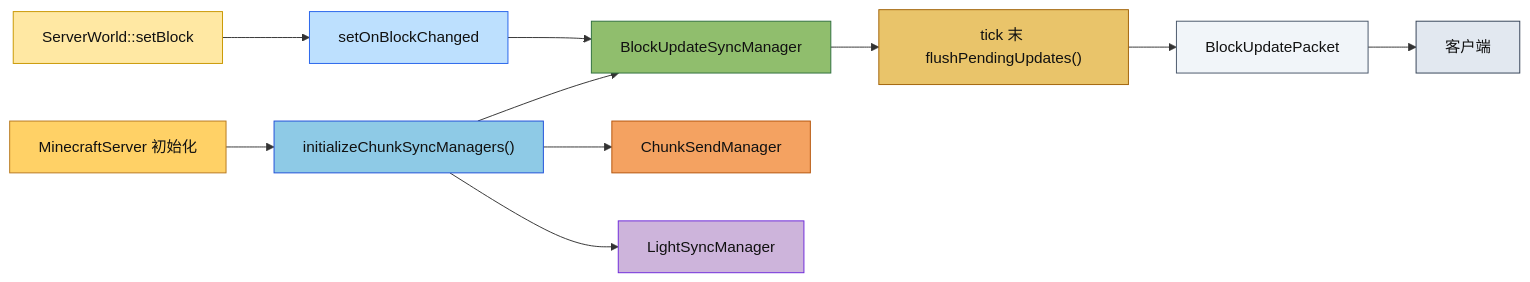
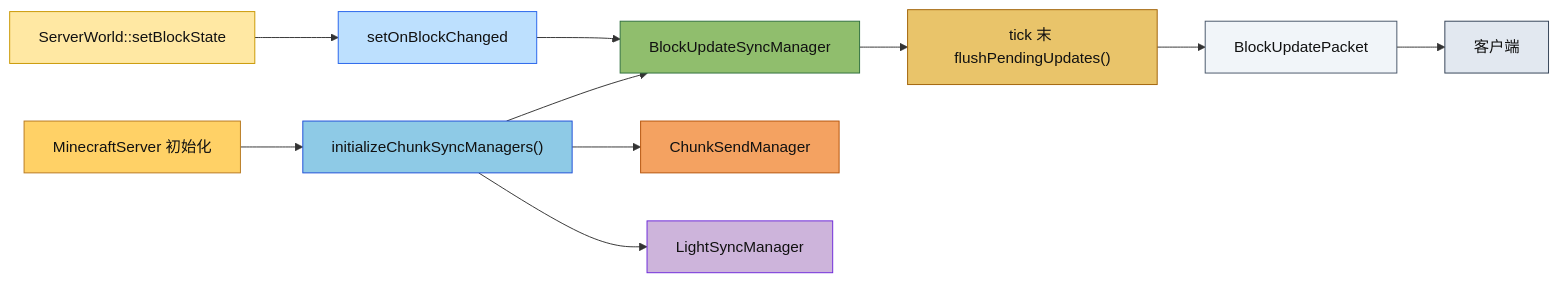
The diagram in src/server/application/README.md (g122622/Cubium), drawn with Mermaid before and after one commit. The commit also changed 149 other files, not shown here.

First line of the commit message:
refactor: 统一 setBlockState 命名并修复编译错误

````diff
--- a/src/server/application/README.md
+++ b/src/server/application/README.md
@@ -522,23 +522,23 @@
 ```mermaid
 flowchart LR
     init["MinecraftServer 初始化"] --> sync["initializeChunkSyncManagers()"]
     sync --> block["BlockUpdateSyncManager"]
     sync --> chunk["ChunkSendManager"]
     sync --> light["LightSyncManager"]
-    world["ServerWorld::setBlock"] --> callback["setOnBlockChanged"]
+    world["ServerWorld::setBlockState"] --> callback["setOnBlockChanged"]
     callback --> block
     block --> flush["tick 末 flushPendingUpdates()"]
     flush --> packet["BlockUpdatePacket"]
     packet --> client["客户端"]
 
     style init fill:#ffd166,stroke:#b7791f,color:#111
     style sync fill:#8ecae6,stroke:#1d4ed8,color:#111
     style block fill:#90be6d,stroke:#2f6f3e,color:#111
     style chunk fill:#f4a261,stroke:#b45309,color:#111
     style light fill:#cdb4db,stroke:#6d28d9,color:#111
     style world fill:#ffe8a3,stroke:#c99700,color:#111
     style callback fill:#bde0fe,stroke:#2563eb,color:#111
     style flush fill:#e9c46a,stroke:#a16207,color:#111
     style packet fill:#f1f5f9,stroke:#475569,color:#111
     style client fill:#e2e8f0,stroke:#334155,color:#111
 ```
````
